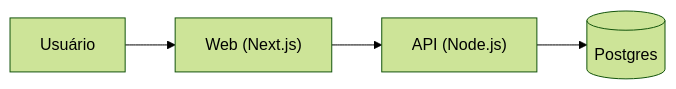
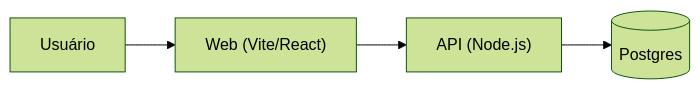
Before and after one commit to sulivanti/easycf: the third of 3 diagrams in docs/01_normativos/DOC-DEV-001_especificacao_executavel.md, drawn with Mermaid (forest theme). The commit also changed other lines of this file and 103 other files, not shown here.

````diff
--- a/docs/01_normativos/DOC-DEV-001_especificacao_executavel.md
+++ b/docs/01_normativos/DOC-DEV-001_especificacao_executavel.md
@@ -1057,6 +1063,6 @@
 ```mermaid
 flowchart LR
-  user["Usuário"] --> web["Web (Next.js)"]
+  user["Usuário"] --> web["Web (Vite/React)"]
   web --> api["API (Node.js)"]
   api --> db[(Postgres)]
 ```
````
